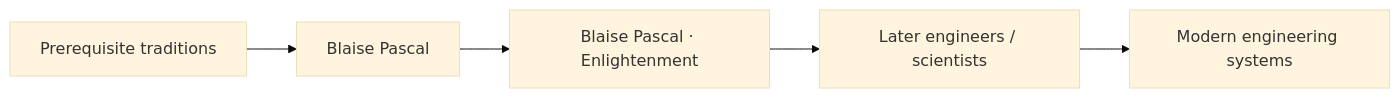
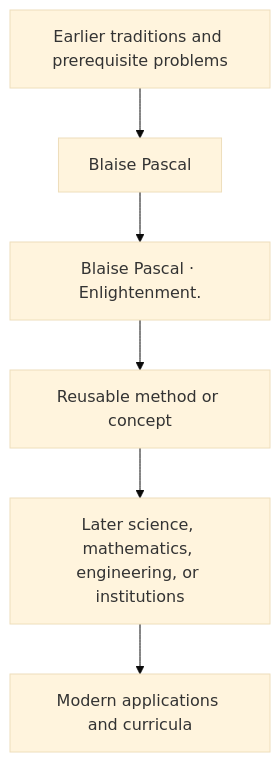
The diagram in docs/history/blaise-pascal/influence.md (via-decide/ViaLogic), drawn with Mermaid (base theme) before and after one commit. The commit also changed other lines of this file and 858 other files, not shown here.

````diff
--- a/docs/history/blaise-pascal/influence.md
+++ b/docs/history/blaise-pascal/influence.md
@@ -29,7 +16,8 @@
 ```mermaid
-graph LR
-  prerequisites["Prerequisite traditions"] --> current["Blaise Pascal"]
-  current --> contribution["Blaise Pascal · Enlightenment"]
-  contribution --> successors["Later engineers / scientists"]
-  successors --> modern["Modern engineering systems"]
+graph TD
+  Prior[Earlier traditions and prerequisite problems] --> Person[Blaise Pascal]
+  Person --> Contribution[Blaise Pascal · Enlightenment.]
+  Contribution --> Method[Reusable method or concept]
+  Method --> Later[Later science, mathematics, engineering, or institutions]
+  Later --> Modern[Modern applications and curricula]
 ```
````
